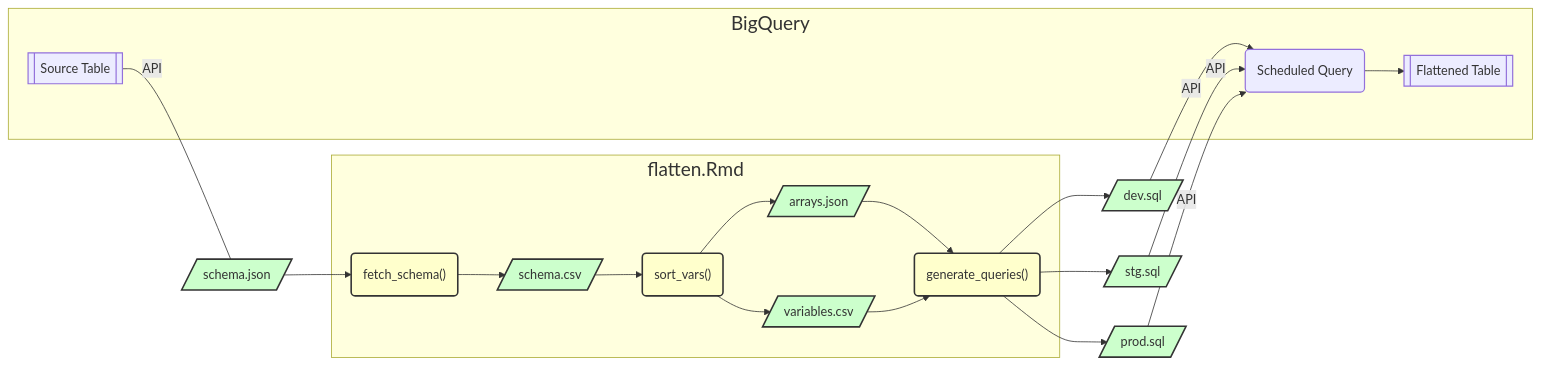
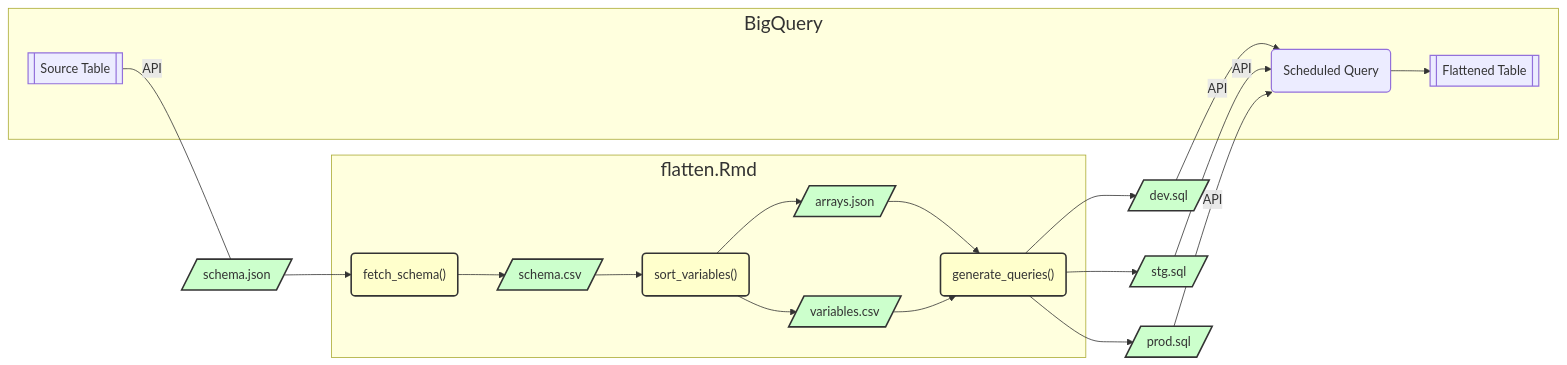
The diagram in README.md (Analyticsphere/flatteningRequests), drawn with Mermaid before and after one commit.

````diff
--- a/README.md
+++ b/README.md
@@ -8,40 +8,40 @@
 ```mermaid
 flowchart LR
     subgraph BQ [BigQuery]
         SRC[[Source Table]]:::table
         QUERY(Scheduled Query):::table
         FLAT[[Flattened Table]]:::table
     end
     class BQ subgraphTitle;
 
     SCH[/schema.json/]:::file
     DEV[/dev.sql/]:::file
     STG[/stg.sql/]:::file
     PROD[/prod.sql/]:::file
 
     subgraph LOC ["flatten.Rmd"]
         FETCH("fetch_schema()"):::function
         SCH_CSV[/"schema.csv"/]:::file
-        FILT("sort_vars()"):::function
+        FILT("sort_variables()"):::function
         ARR[/arrays.json/]:::file
         VAR[/variables.csv/]:::file
         GEN("generate_queries()"):::function
     end
     class LOC subgraphTitle;
 
     SRC --- |API| SCH:::link
     SCH --> FETCH:::link
     FETCH --> SCH_CSV:::link
     SCH_CSV --> FILT:::link
     FILT --> ARR:::link & VAR:::link
     ARR & VAR --> GEN:::link
     GEN --> DEV:::link & STG:::link & PROD:::link
     DEV & STG & PROD --> |API| QUERY:::link
     QUERY --> FLAT:::link
 
     classDef table link stroke:#000,stroke-width:1.5px;
     classDef schema fill:#ff9,stroke:#333,stroke-width:2px;
     classDef function fill:#ffc,stroke:#333,stroke-width:2px;
     classDef file fill:#cfc,stroke:#333,stroke-width:2px;
     classDef subgraphTitle font-size:24px;
 ```
````
